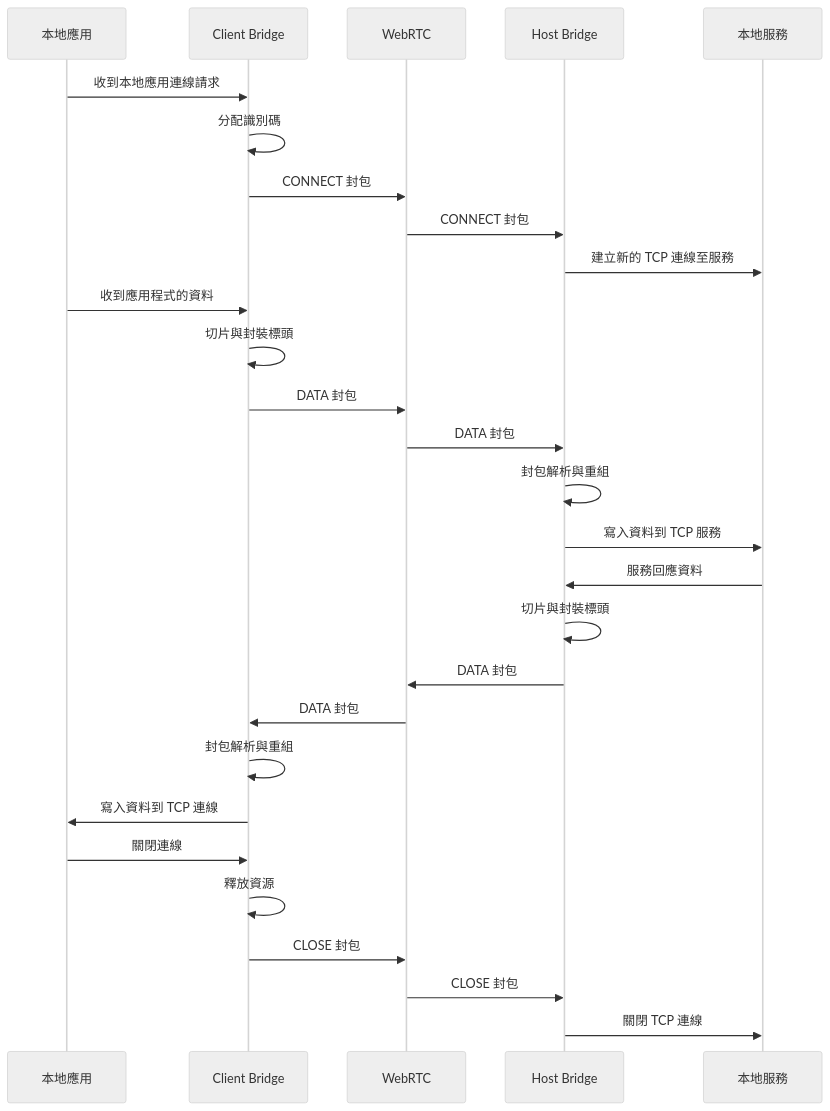
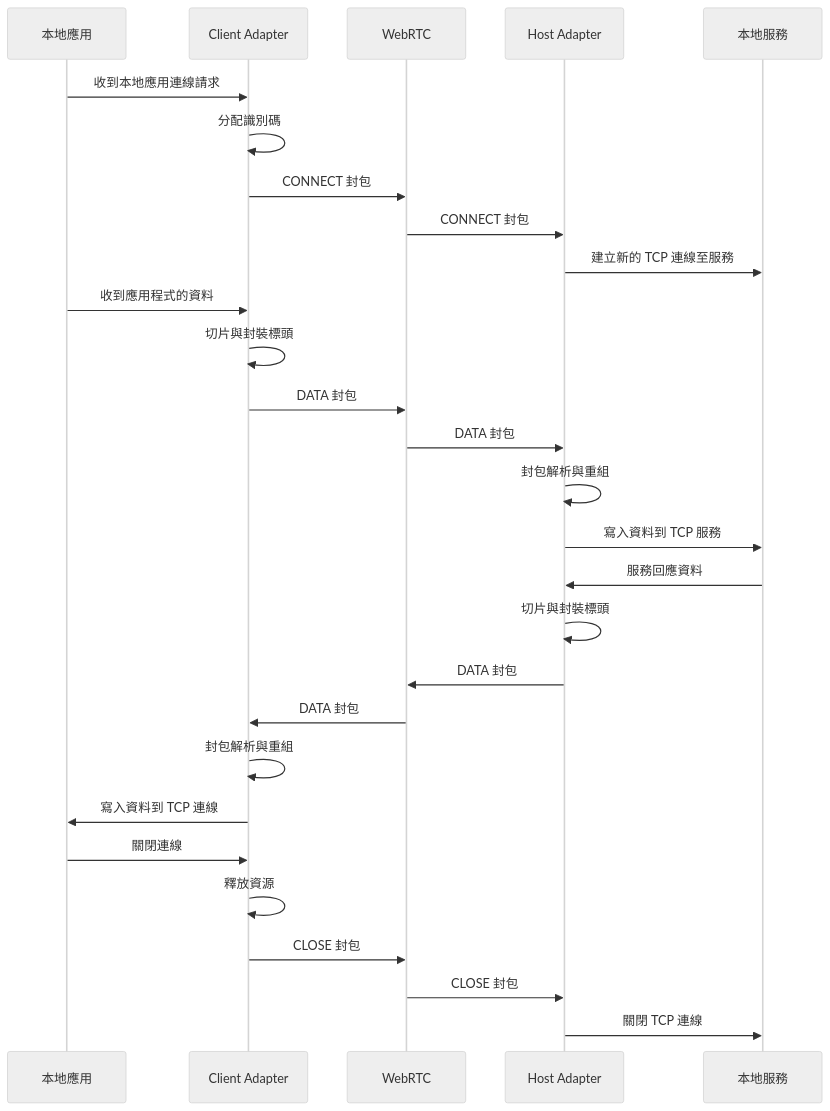
One commit to 1ureka/1ureka.net.p2p changed the diagram in README.md. Above: the diagram before and after it, drawn with Mermaid (neutral theme). The commit also changed other lines of this file, not shown here.

````diff
--- a/README.md
+++ b/README.md
@@ -83,34 +83,34 @@
 ```mermaid
 sequenceDiagram
     participant AP as 本地應用
-    participant CB as Client Bridge
+    participant CB as Client Adapter
     participant DC as WebRTC
-    participant HB as Host Bridge
+    participant HB as Host Adapter
     participant SR as 本地服務
 
     AP->>CB: 收到本地應用連線請求
     CB->>CB: 分配識別碼
     CB->>DC: CONNECT 封包
     DC->>HB: CONNECT 封包
     HB->>SR: 建立新的 TCP 連線至服務
 
     AP->>CB: 收到應用程式的資料
     CB->>CB: 切片與封裝標頭
     CB->>DC: DATA 封包
     DC->>HB: DATA 封包
     HB->>HB: 封包解析與重組
     HB->>SR: 寫入資料到 TCP 服務
 
     SR->>HB: 服務回應資料
     HB->>HB: 切片與封裝標頭
     HB->>DC: DATA 封包
     DC->>CB: DATA 封包
     CB->>CB: 封包解析與重組
     CB->>AP: 寫入資料到 TCP 連線
 
     AP->>CB: 關閉連線
     CB->>CB: 釋放資源
     CB->>DC: CLOSE 封包
     DC->>HB: CLOSE 封包
     HB->>SR: 關閉 TCP 連線
 ```
````
